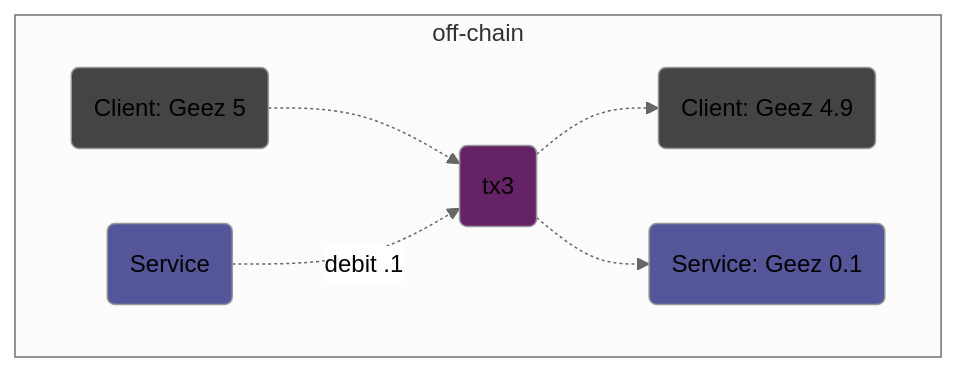
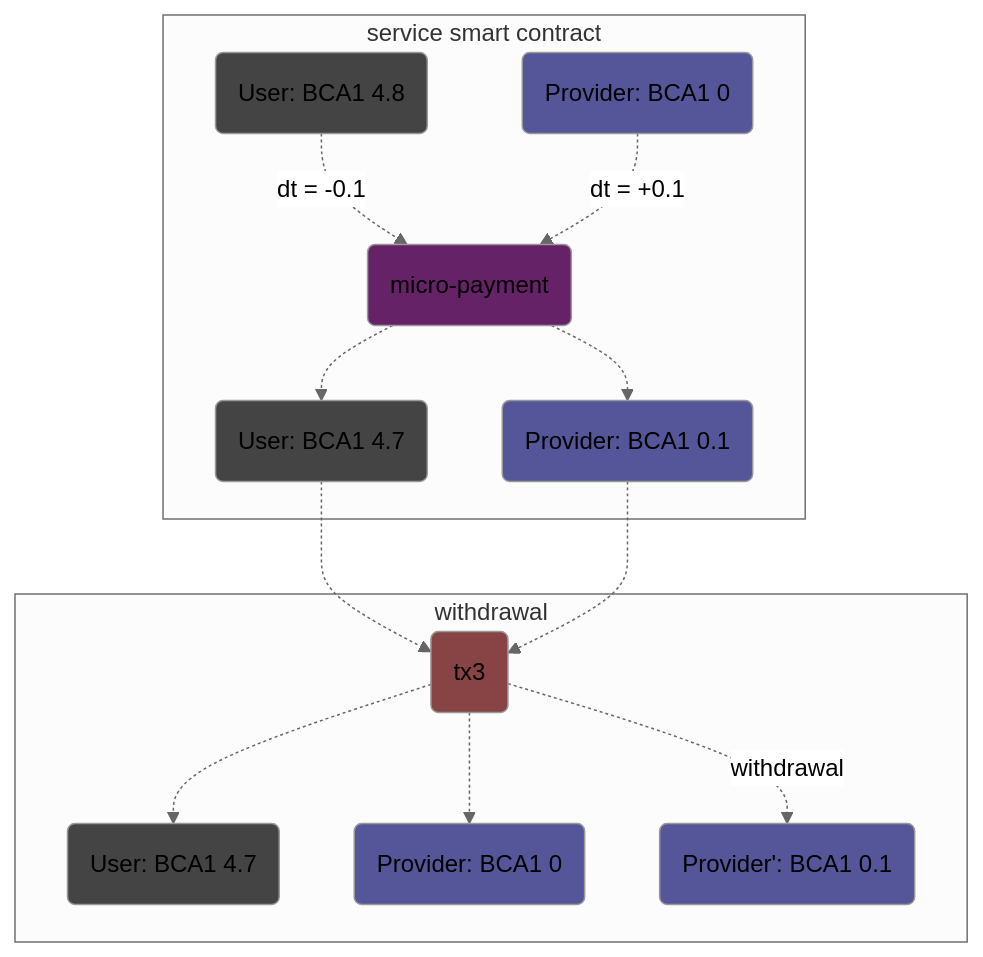
One commit to Blockchain-Data-Analytics/BCA-Service-Tokenization changed the diagram in doc/img/tx3.mmd. Above: the diagram before and after it, drawn with Mermaid (neutral theme). The commit also changed 17 other files, not shown here.

```diff
--- a/doc/img/tx3.mmd
+++ b/doc/img/tx3.mmd
@@ -1,16 +1,29 @@
 graph TD 
 
-    style tx3 fill:#626
-    style Client0 fill:#444
-    style Client1 fill:#444
+    style tx3 fill:#844
+    style µpay fill:#626
+    style User0 fill:#444
+    style User1 fill:#444
+    style User2 fill:#444
     style Service0 fill:#559
     style Service1 fill:#559
+    style Service2 fill:#559
+    style Service3 fill:#559
 
-    subgraph off-chain
-    %% tx3 - services debit the client account for usage
+    subgraph service smart contract
+    %% µpay - services debit the user account for usage
+    µpay("micro-payment")
+    User0(User: BCA1 4.8) -.->|dt = -0.1| µpay
+    Service0(Provider: BCA1 0) -.->|dt = +0.1| µpay
+    µpay -.-> User1(User: BCA1 4.7)
+    µpay -.-> Service1(Provider: BCA1 0.1)
+    end
+
+    subgraph withdrawal
     tx3("tx3")
-    Client0(Client: Geez 5) -.-> tx3
-    Service0(Service) -.->|debit .1| tx3
-    tx3 -.-> Client1(Client: Geez 4.9)
-    tx3 -.-> Service1(Service: Geez 0.1)
+    User1(User: BCA1 4.7) -.-> tx3
+    Service1(Provider: BCA1 0.1) -.-> tx3
+    tx3 -.-> User2(User: BCA1 4.7)
+    tx3 -.-> Service2(Provider: BCA1 0)
+    tx3 -.->|withdrawal| Service3(Provider': BCA1 0.1)
     end
```
